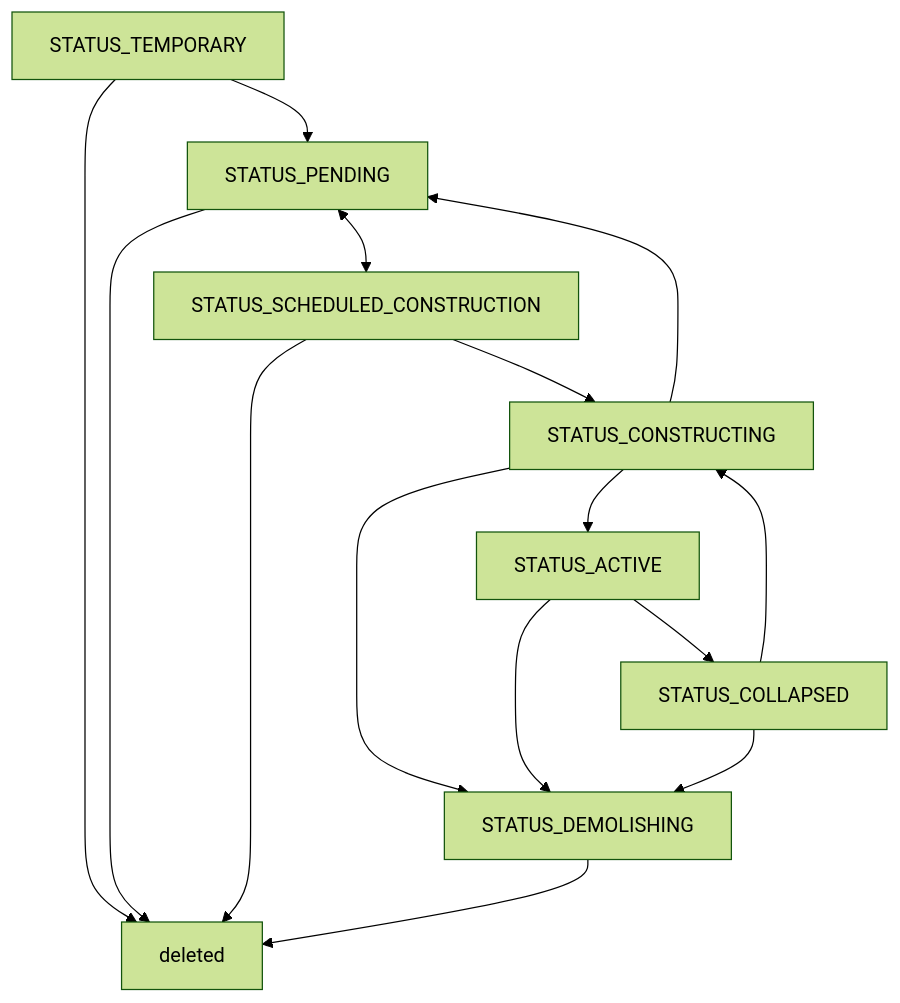
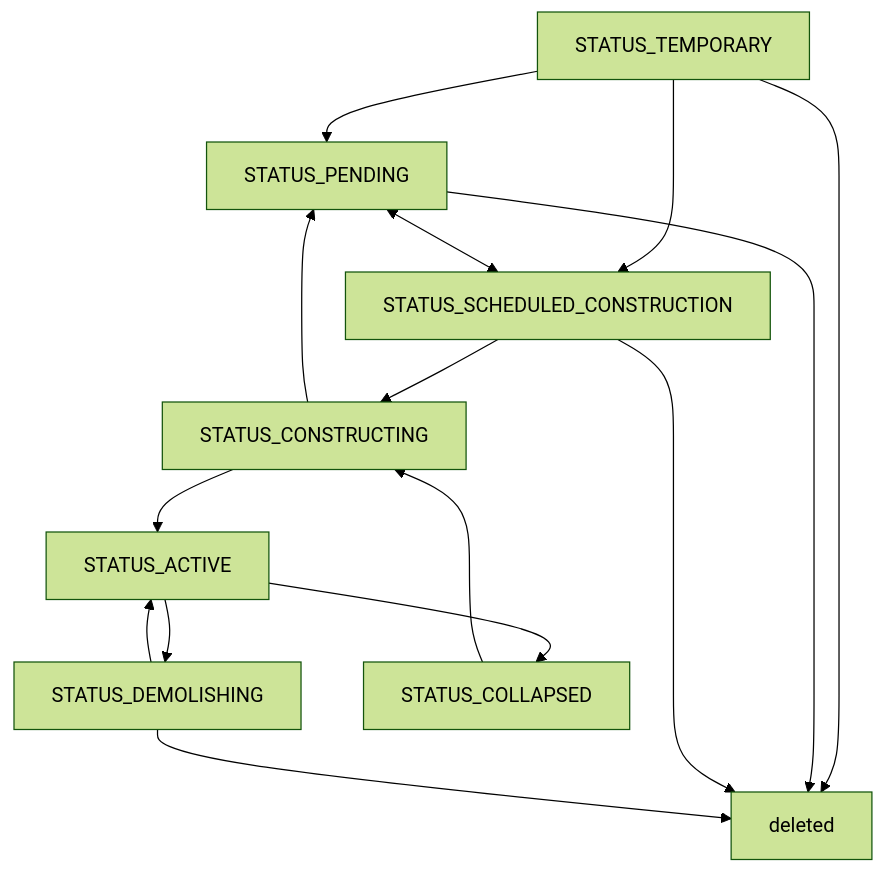
The diagram in docs/docs/economics/3_道路網.md (satken2/city-genesis), drawn with Mermaid (forest theme) before and after one commit. The commit also changed other lines of this file and 28 other files, not shown here.

````diff
--- a/docs/docs/economics/3_道路網.md
+++ b/docs/docs/economics/3_道路網.md
@@ -270,17 +82,17 @@
 ```mermaid
 graph TD
 STATUS_TEMPORARY --> STATUS_PENDING
+STATUS_TEMPORARY --> STATUS_SCHEDULED_CONSTRUCTION
 STATUS_TEMPORARY --> deleted
 STATUS_PENDING <--> STATUS_SCHEDULED_CONSTRUCTION
 STATUS_PENDING --> deleted
 STATUS_SCHEDULED_CONSTRUCTION --> STATUS_CONSTRUCTING
 STATUS_SCHEDULED_CONSTRUCTION --> deleted
 STATUS_CONSTRUCTING --> STATUS_ACTIVE
 STATUS_CONSTRUCTING --> STATUS_PENDING
-STATUS_CONSTRUCTING --> STATUS_DEMOLISHING
 STATUS_ACTIVE --> STATUS_DEMOLISHING
+STATUS_DEMOLISHING --> STATUS_ACTIVE
+STATUS_DEMOLISHING --> deleted
 STATUS_ACTIVE --> STATUS_COLLAPSED
-STATUS_COLLAPSED --> STATUS_DEMOLISHING
 STATUS_COLLAPSED --> STATUS_CONSTRUCTING
-STATUS_DEMOLISHING --> deleted
 ```
````
